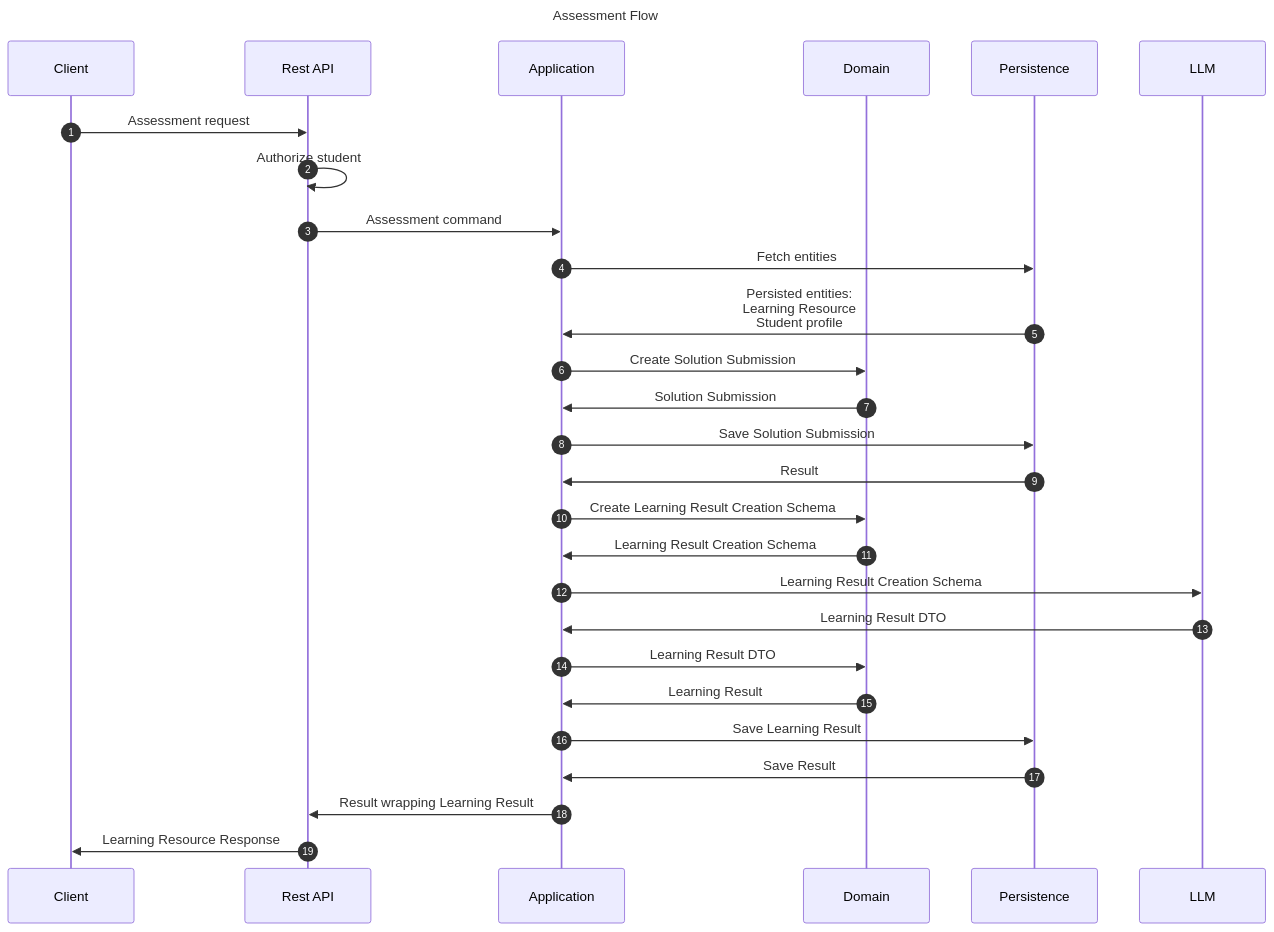
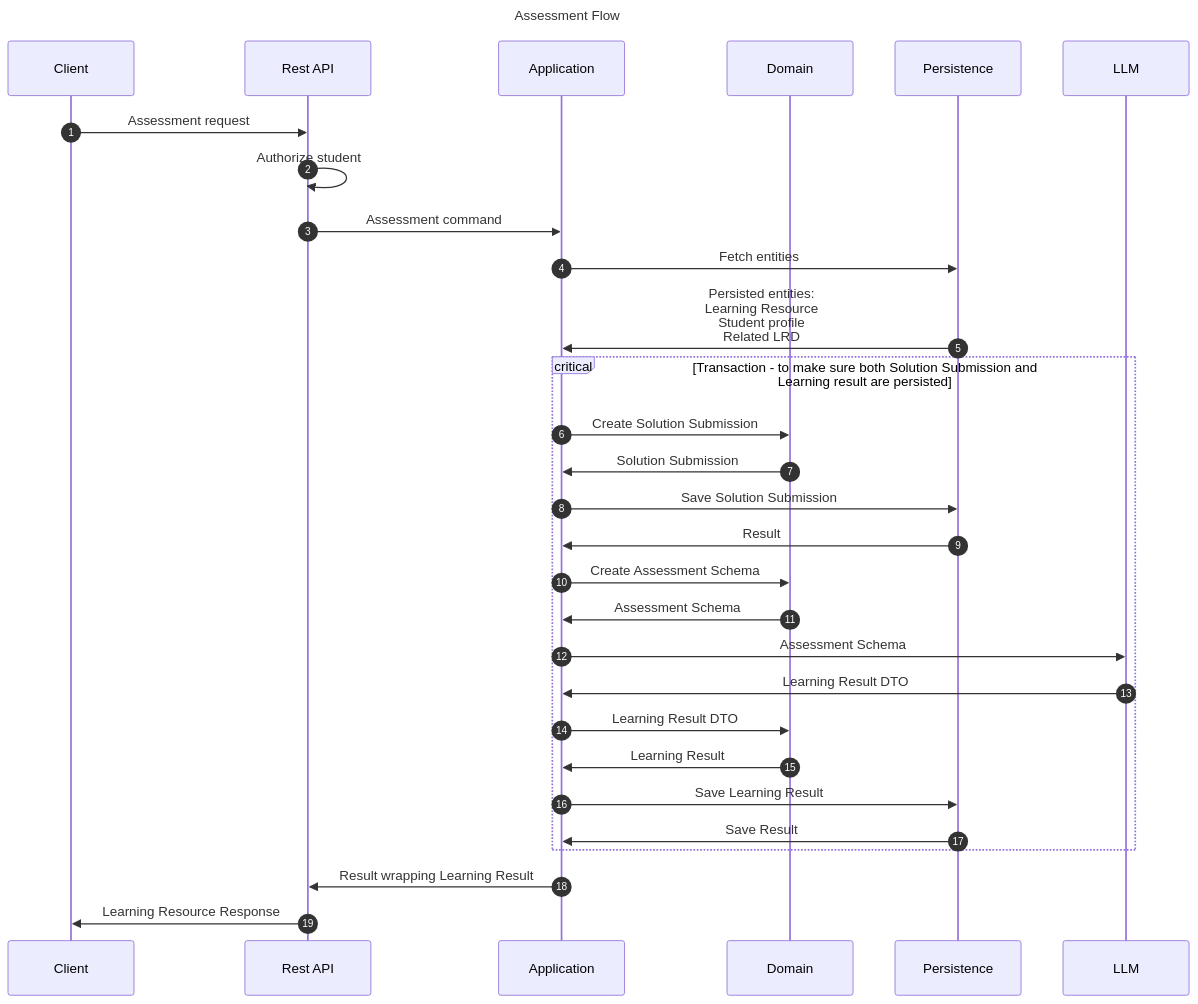
The diagram in docs/edutie/flows/learning/assessment/Assessment.md (EdutieProject/edutie-backend), drawn with Mermaid before and after one commit. The commit also changed other lines of this file, not shown here.

Commit message:
Dev docs part 2 - Resolve #133

````diff
--- a/docs/edutie/flows/learning/assessment/Assessment.md
+++ b/docs/edutie/flows/learning/assessment/Assessment.md
@@ -7,34 +7,35 @@
 ```mermaid
 ---
 title: Assessment Flow
 ---
 sequenceDiagram
     participant Client
     participant Rest API
     participant Application
     participant Domain
     participant Persistence
     participant LLM
     autonumber
     
     Client->>Rest API: Assessment request
     Rest API->>Rest API: Authorize student
     Rest API->>Application: Assessment command
     Application->>Persistence: Fetch entities
-    Persistence->>Application: Persisted entities:<br/>Learning Resource<br/>Student profile
+    Persistence->>Application: Persisted entities:<br/>Learning Resource<br/>Student profile<br/>Related LRD
+    critical Transaction - to make sure both Solution Submission and Learning result are persisted
     Application->>Domain: Create Solution Submission
     Domain->>Application: Solution Submission
     Application->>Persistence: Save Solution Submission
     Persistence->>Application: Result
-    Application->>Domain: Create Learning Result Creation Schema
-    Domain->>Application: Learning Result Creation Schema
-    Application->>LLM: Learning Result Creation Schema
+    Application->>Domain: Create Assessment Schema
+    Domain->>Application: Assessment Schema
+    Application->>LLM: Assessment Schema
     LLM->>Application: Learning Result DTO
     Application->>Domain: Learning Result DTO
     Domain->>Application: Learning Result
     Application->>Persistence: Save Learning Result
     Persistence->>Application: Save Result
+    end
     Application->>Rest API: Result wrapping Learning Result
     Rest API->>Client: Learning Resource Response
-
 ```
````
